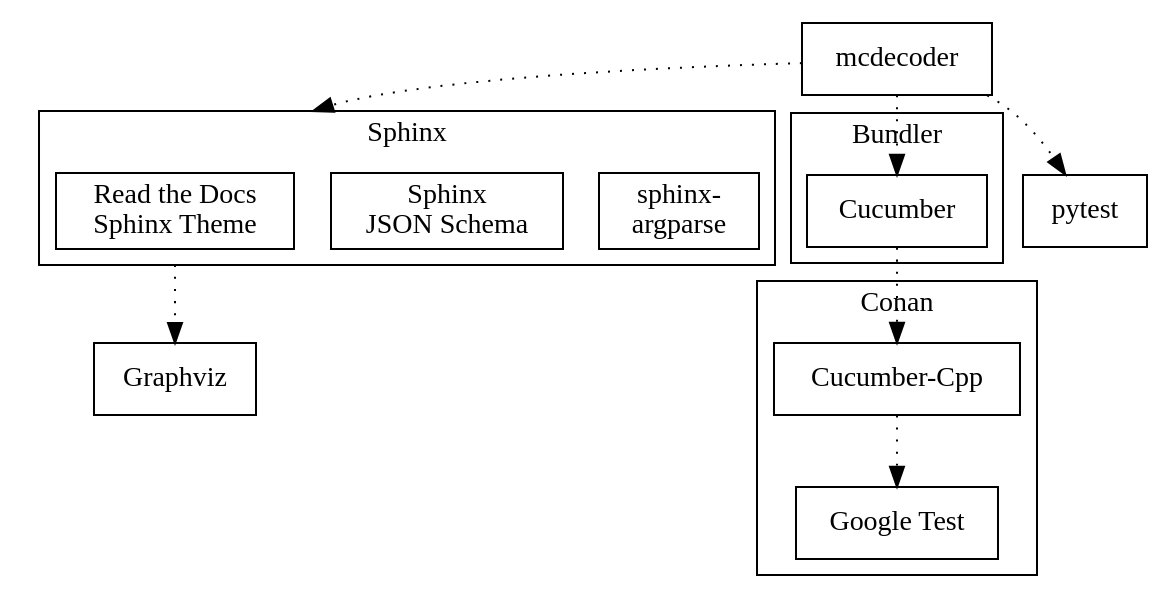
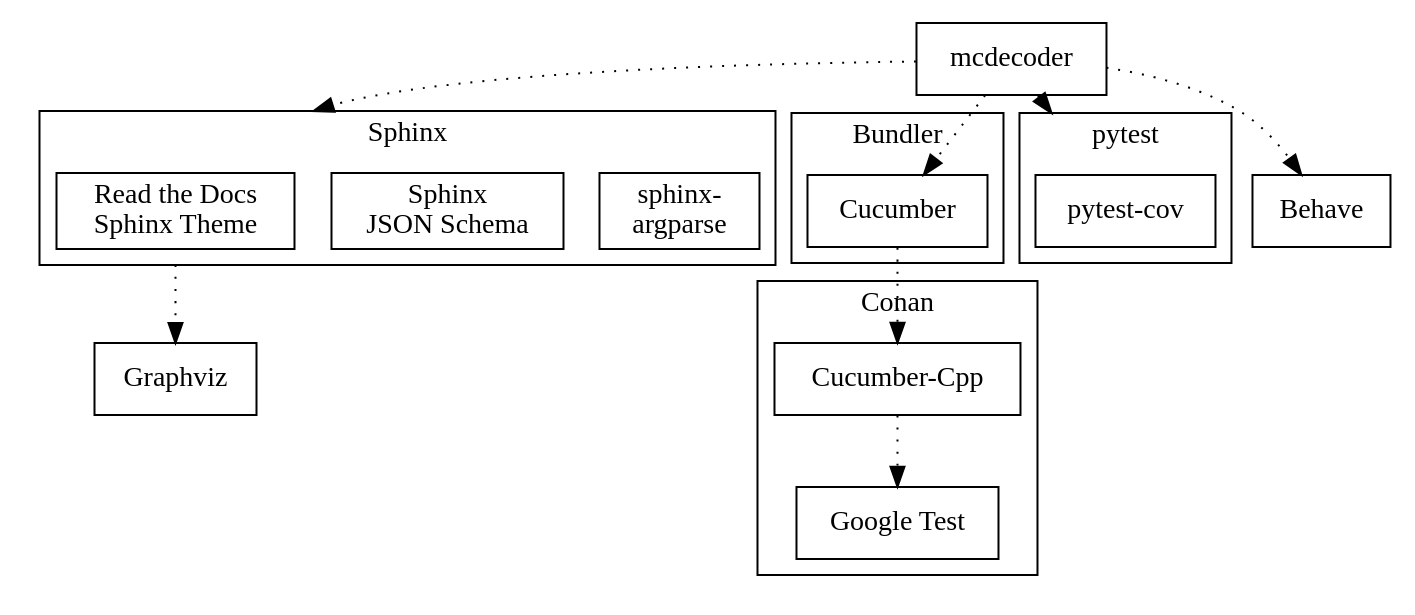
One commit to wildlarva/mcdecoder changed the second of 2 diagrams in src_docs/dev_design.rst. Above: the diagram before and after it, drawn with Graphviz. The commit also changed other lines of this file and 1 other file, not shown here.

```diff
--- a/src_docs/dev_design.rst
+++ b/src_docs/dev_design.rst
@@ -147,35 +150,43 @@
 .. digraph:: develop
 
     compound = true
     node [shape=box]
     edge [style=dotted]
 
     subgraph cluster_conan {
         label = "Conan"
 
         cucumber_cpp [label = "Cucumber-Cpp"]
         google_test [label = "Google Test"]
 
         cucumber_cpp -> google_test
     }
 
     subgraph cluster_sphinx {
         label = "Sphinx"
 
         sphinx_argparse [label = "sphinx-\nargparse"]
         sphinx_jsonschema [label = "Sphinx\nJSON Schema"]
         sphinx_rtd_theme [label = "Read the Docs\nSphinx Theme"]
     }
 
     subgraph cluster_bundler {
         label = "Bundler"
 
         cucumber [label = "Cucumber"]
     }
 
+    subgraph cluster_pytest {
+        label = "pytest"
+
+        pytest_cov [label = "pytest-cov"]
+    }
+
+    behave [label = "Behave"]
     graphviz [label = "Graphviz"]
 
-    mcdecoder -> pytest
+    mcdecoder -> pytest_cov [lhead=cluster_pytest]
+    mcdecoder -> behave
     mcdecoder -> cucumber -> cucumber_cpp
     mcdecoder -> sphinx_rtd_theme [lhead=cluster_sphinx]
     sphinx_rtd_theme -> graphviz [ltail=cluster_sphinx]
```
